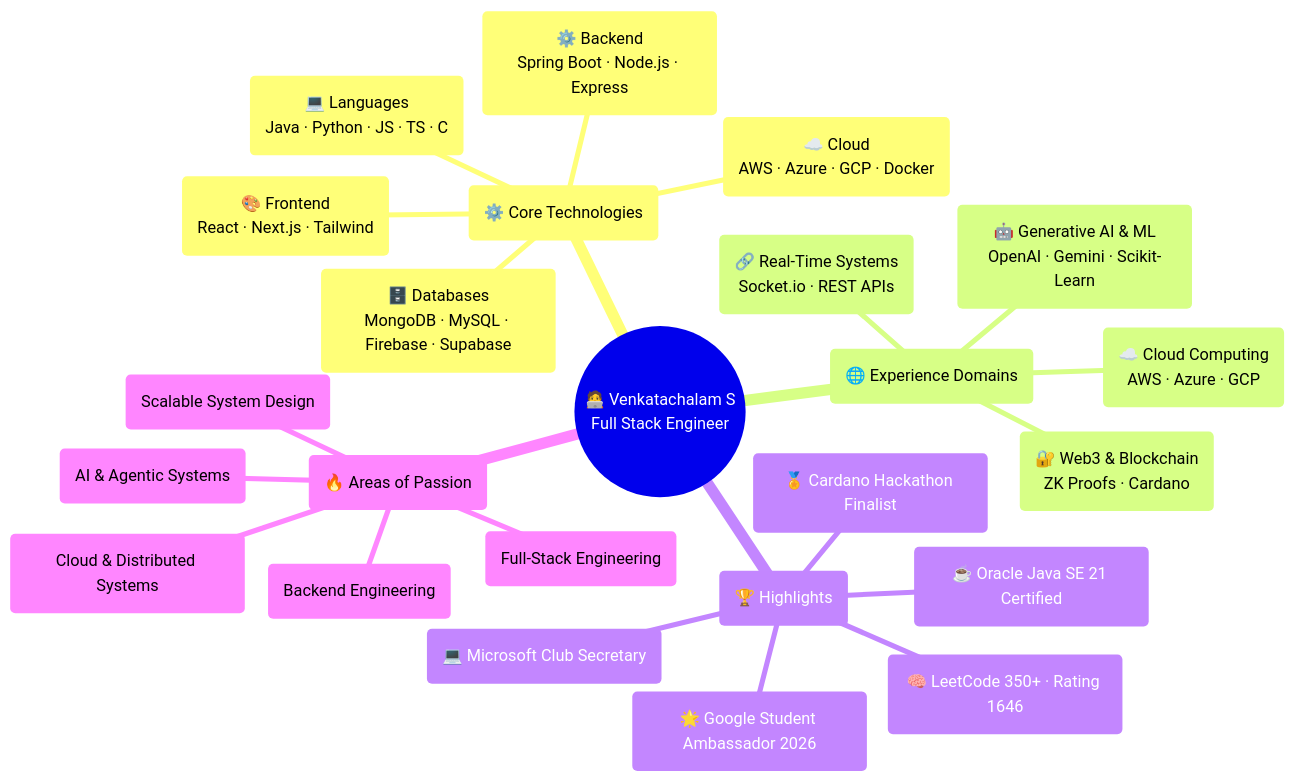
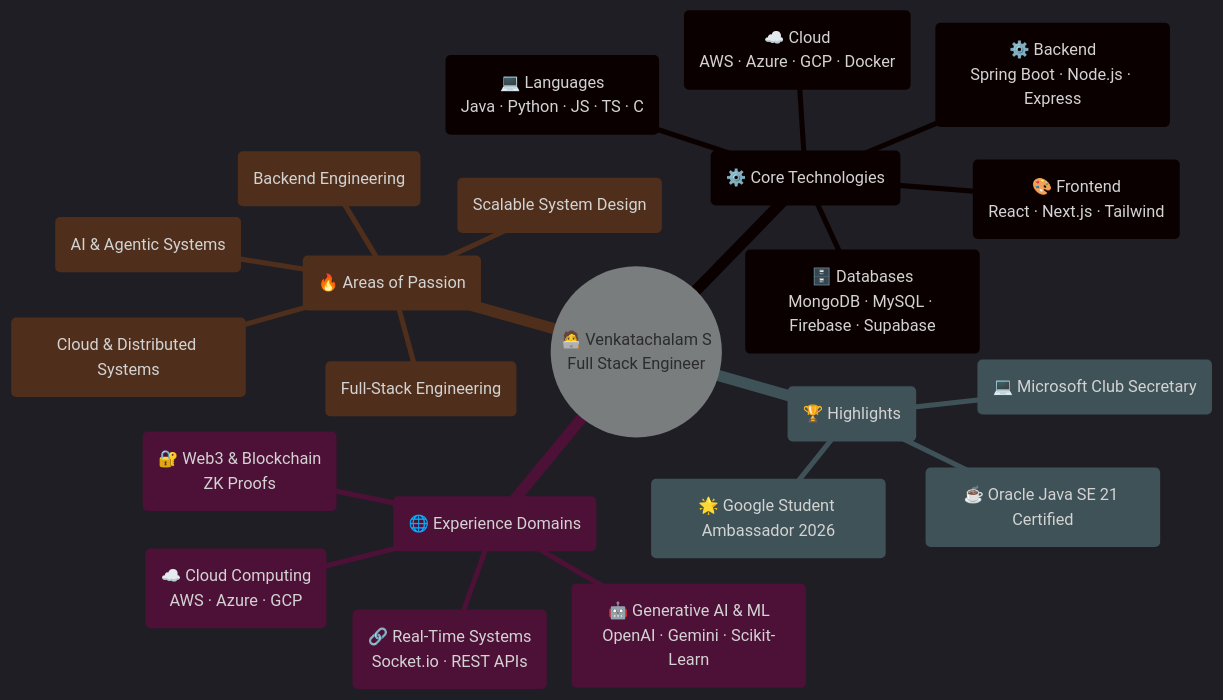
Before and after one commit to Venkat7123/Venkat7123: the diagram in README.md, drawn with Mermaid.

````diff
--- a/README.md
+++ b/README.md
@@ -36,37 +36,36 @@
 ```mermaid
+%%{init: {'theme': 'dark', 'themeVariables': { 'background': 'transparent' }}}%%
 mindmap
   root(("🧑‍💻 Venkatachalam S
   Full Stack Engineer"))
     ("⚙️ Core Technologies")
       ("💻 Languages
       Java · Python · JS · TS · C")
       ("🎨 Frontend
       React · Next.js · Tailwind")
       ("⚙️ Backend
       Spring Boot · Node.js · Express")
       ("🗄️ Databases
       MongoDB · MySQL · Firebase · Supabase")
       ("☁️ Cloud
       AWS · Azure · GCP · Docker")
     ("🌐 Experience Domains")
       ("🤖 Generative AI & ML
       OpenAI · Gemini · Scikit-Learn")
       ("🔗 Real-Time Systems
       Socket.io · REST APIs")
       ("☁️ Cloud Computing
       AWS · Azure · GCP")
       ("🔐 Web3 & Blockchain
-      ZK Proofs · Cardano")
+      ZK Proofs")
     ("🏆 Highlights")
       ("🌟 Google Student Ambassador 2026")
       ("☕ Oracle Java SE 21 Certified")
-      ("🧠 LeetCode 350+ · Rating 1646")
-      ("🏅 Cardano Hackathon Finalist")
       ("💻 Microsoft Club Secretary")
     ("🔥 Areas of Passion")
       ("Full-Stack Engineering")
       ("AI & Agentic Systems")
       ("Backend Engineering")
       ("Cloud & Distributed Systems")
       ("Scalable System Design")
 ```
````
